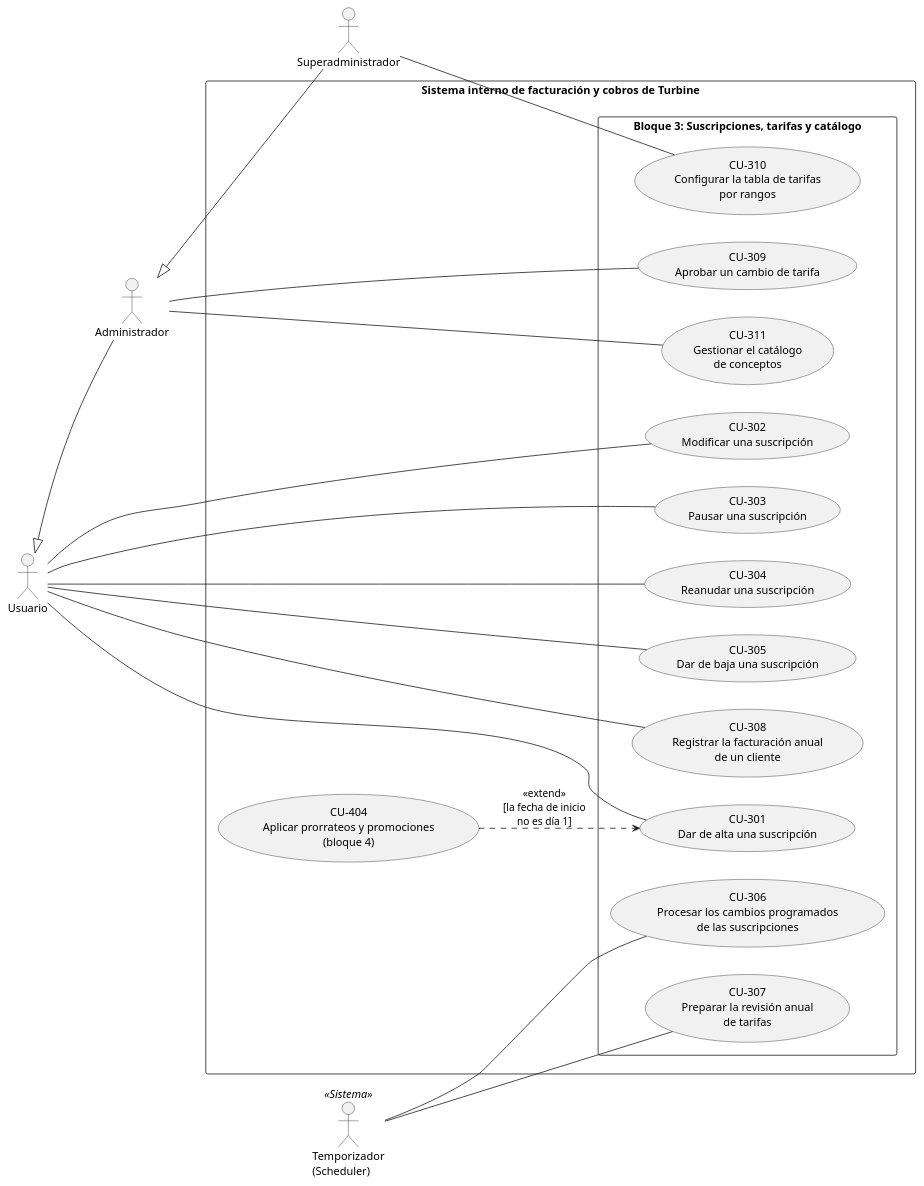
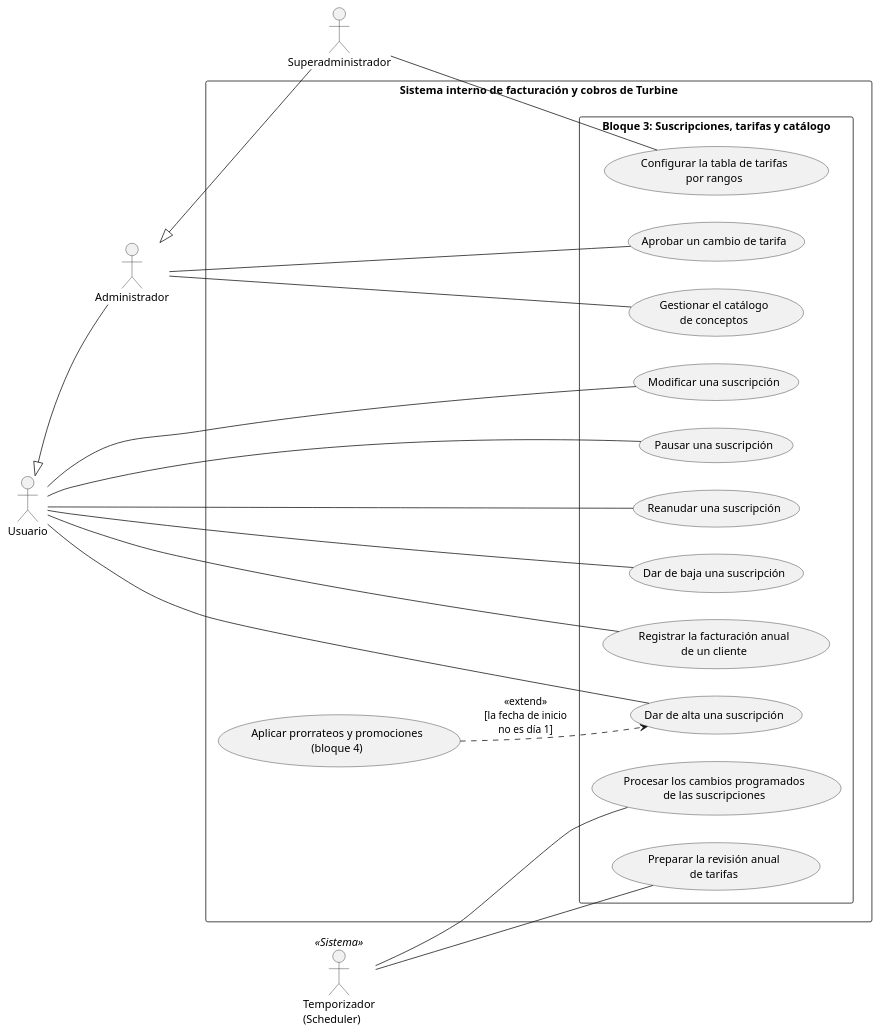
Before and after one commit to Daniii004/Grupo-Leibniz: the diagram in Casos de uso/DiagramaCasos3.puml, drawn with PlantUML. The commit also changed 6 other files, not shown here.

Commit message:
Arreglos para que todos los diagramas tengan el mismo formato

```diff
--- a/Casos de uso/DiagramaCasos3.puml
+++ b/Casos de uso/DiagramaCasos3.puml
@@ -1,66 +1,66 @@
 @startuml
 left to right direction
 skinparam packageStyle rectangle
 
 ' --- ACTORES ---
 actor "Usuario" as Usuario
 actor "Administrador" as Admin
 actor "Superadministrador" as SuperAdmin
 actor "Temporizador\n(Scheduler)" as Timer <<Sistema>>
 
 ' Herencia de permisos: el administrador puede hacer lo del usuario
 ' y el superadministrador, lo del administrador
 Usuario <|-- Admin
 Admin <|-- SuperAdmin
 
 rectangle "Sistema interno de facturación y cobros de Turbine" {
 
     package "Bloque 3: Suscripciones, tarifas y catálogo" {
 
         ' Suscripciones (FR9 y FR10)
-        usecase "CU-301\nDar de alta una suscripción" as CU301
-        usecase "CU-302\nModificar una suscripción" as CU302
-        usecase "CU-303\nPausar una suscripción" as CU303
-        usecase "CU-304\nReanudar una suscripción" as CU304
-        usecase "CU-305\nDar de baja una suscripción" as CU305
-        usecase "CU-306\nProcesar los cambios programados\nde las suscripciones" as CU306
+        usecase "Dar de alta una suscripción" as CU301
+        usecase "Modificar una suscripción" as CU302
+        usecase "Pausar una suscripción" as CU303
+        usecase "Reanudar una suscripción" as CU304
+        usecase "Dar de baja una suscripción" as CU305
+        usecase "Procesar los cambios programados\nde las suscripciones" as CU306
 
         ' Revisión anual y tabla de tarifas (FR11)
-        usecase "CU-307\nPreparar la revisión anual\nde tarifas" as CU307
-        usecase "CU-308\nRegistrar la facturación anual\nde un cliente" as CU308
-        usecase "CU-309\nAprobar un cambio de tarifa" as CU309
-        usecase "CU-310\nConfigurar la tabla de tarifas\npor rangos" as CU310
+        usecase "Preparar la revisión anual\nde tarifas" as CU307
+        usecase "Registrar la facturación anual\nde un cliente" as CU308
+        usecase "Aprobar un cambio de tarifa" as CU309
+        usecase "Configurar la tabla de tarifas\npor rangos" as CU310
 
         ' Catálogo de conceptos (FR12)
-        usecase "CU-311\nGestionar el catálogo\nde conceptos" as CU311
+        usecase "Gestionar el catálogo\nde conceptos" as CU311
     }
 
     ' Caso de uso del bloque 4 que se reutiliza en el alta
-    usecase "CU-404\nAplicar prorrateos y promociones\n(bloque 4)" as CU404
+    usecase "Aplicar prorrateos y promociones\n(bloque 4)" as CU404
 }
 
 ' --- RELACIONES ---
 
 ' Usuario (responsable del cliente)
 Usuario -- CU301
 Usuario -- CU302
 Usuario -- CU303
 Usuario -- CU304
 Usuario -- CU305
 Usuario -- CU308
 
 ' Administrador
 Admin -- CU309
 Admin -- CU311
 
 ' Superadministrador
 SuperAdmin -- CU310
 
 ' Procesos automáticos
 Timer -- CU306
 Timer -- CU307
 
 ' Extensiones
 CU404 ..> CU301 : <<extend>>\n[la fecha de inicio\nno es día 1]
 
 @enduml
```
